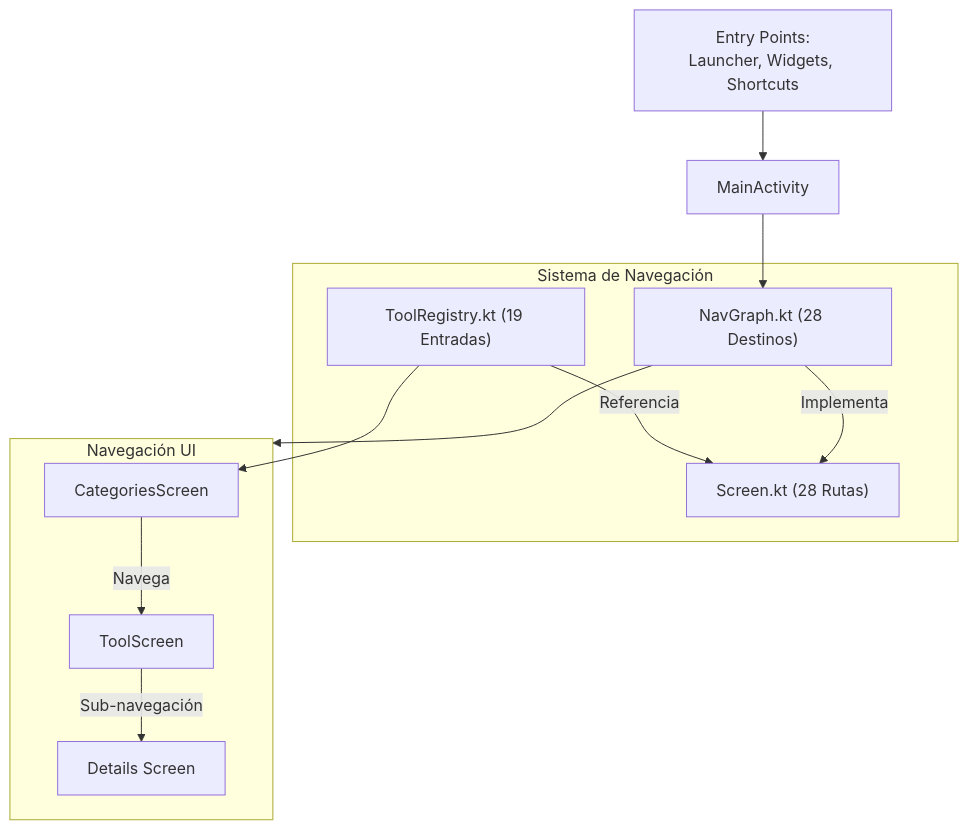
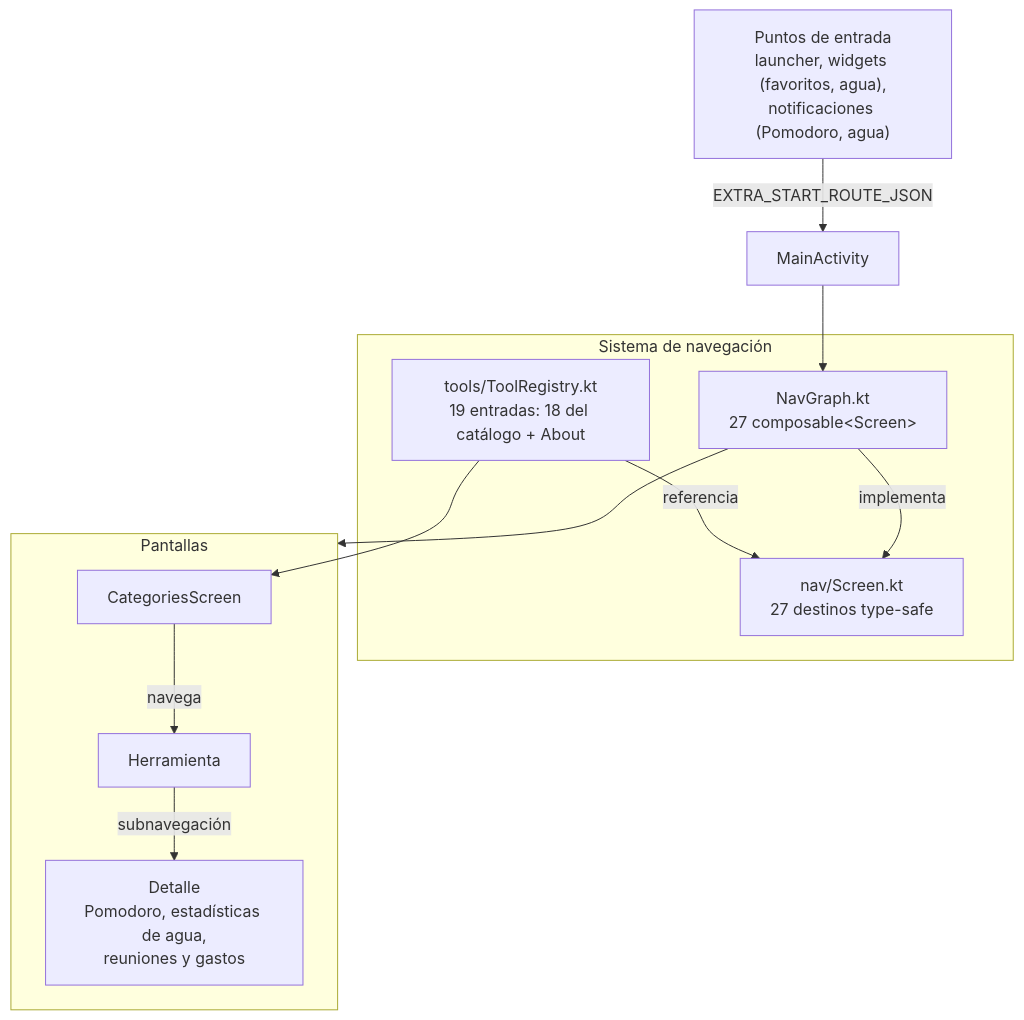
Before and after one commit to JoaquinSasso/MiniToolbox: the third of 4 diagrams in docs/architecture.md, drawn with Mermaid. The commit also changed other lines of this file and 3 other files, not shown here.

First line of the commit message:
docs(architecture): verificar contra master y actualizar diagramas y conteos

````diff
--- a/docs/architecture.md
+++ b/docs/architecture.md
@@ -106,23 +121,22 @@
 ```mermaid
 flowchart TD
-    Entry["Entry Points:<br/>Launcher, Widgets, Shortcuts"] --> MA[MainActivity]
-    
-    subgraph Navigation_System [Sistema de Navegación]
-        S["Screen.kt (28 Rutas)"]
-        TR["ToolRegistry.kt (19 Entradas)"]
-        NG["NavGraph.kt (28 Destinos)"]
+    Entry["Puntos de entrada<br/>launcher, widgets (favoritos, agua),<br/>notificaciones (Pomodoro, agua)"] -->|"EXTRA_START_ROUTE_JSON"| MA[MainActivity]
+
+    subgraph Nav [Sistema de navegación]
+        S["nav/Screen.kt<br/>27 destinos type-safe"]
+        TR["tools/ToolRegistry.kt<br/>19 entradas: 18 del catálogo + About"]
+        NG["NavGraph.kt<br/>27 composable&lt;Screen&gt;"]
     end
 
     MA --> NG
-    TR -->|Referencia| S
-    NG -->|Implementa| S
-    
-    subgraph UI_Nav [Navegación UI]
-        Cat[CategoriesScreen]
-        Cat -->|Navega| Tool[ToolScreen]
-        Tool -->|Sub-navegación| Sub[Details Screen]
+    TR -->|referencia| S
+    NG -->|implementa| S
+
+    subgraph UI [Pantallas]
+        Cat[CategoriesScreen] -->|navega| Tool[Herramienta]
+        Tool -->|subnavegación| Sub["Detalle<br/>Pomodoro, estadísticas de agua,<br/>reuniones y gastos"]
     end
 
     TR --> Cat
-    NG --> UI_Nav
+    NG --> UI
 ```
````
